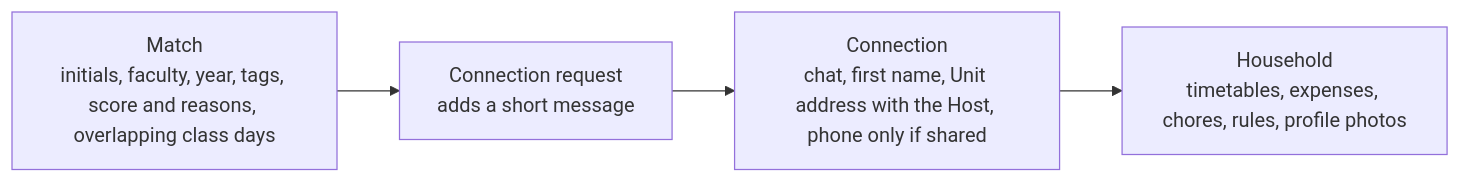
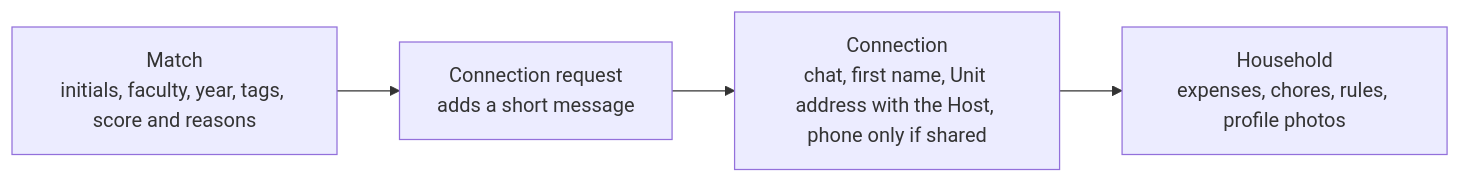
Before and after one commit to abqaryne/jiran: the eighth of 8 diagrams in docs/product/USER-FLOW.md, drawn with Mermaid. The commit also changed other lines of this file and 54 other files, not shown here.

````diff
--- a/docs/product/USER-FLOW.md
+++ b/docs/product/USER-FLOW.md
@@ -143,6 +168,6 @@
 ```mermaid
 flowchart LR
-    A["Match<br/>initials, faculty, year, tags, score and reasons, overlapping class days"] --> B["Connection request<br/>adds a short message"]
+    A["Match<br/>initials, faculty, year, tags, score and reasons"] --> B["Connection request<br/>adds a short message"]
     B --> C["Connection<br/>chat, first name, Unit address with the Host, phone only if shared"]
-    C --> D["Household<br/>timetables, expenses, chores, rules, profile photos"]
+    C --> D["Household<br/>expenses, chores, rules, profile photos"]
 ```
````
